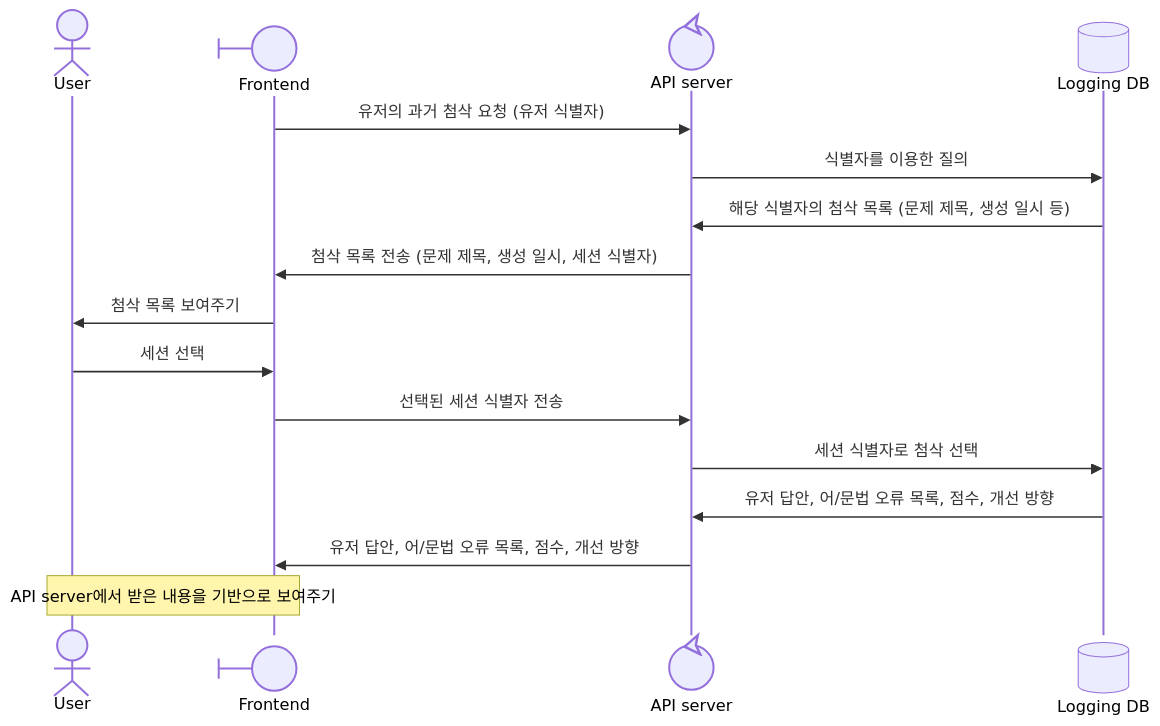
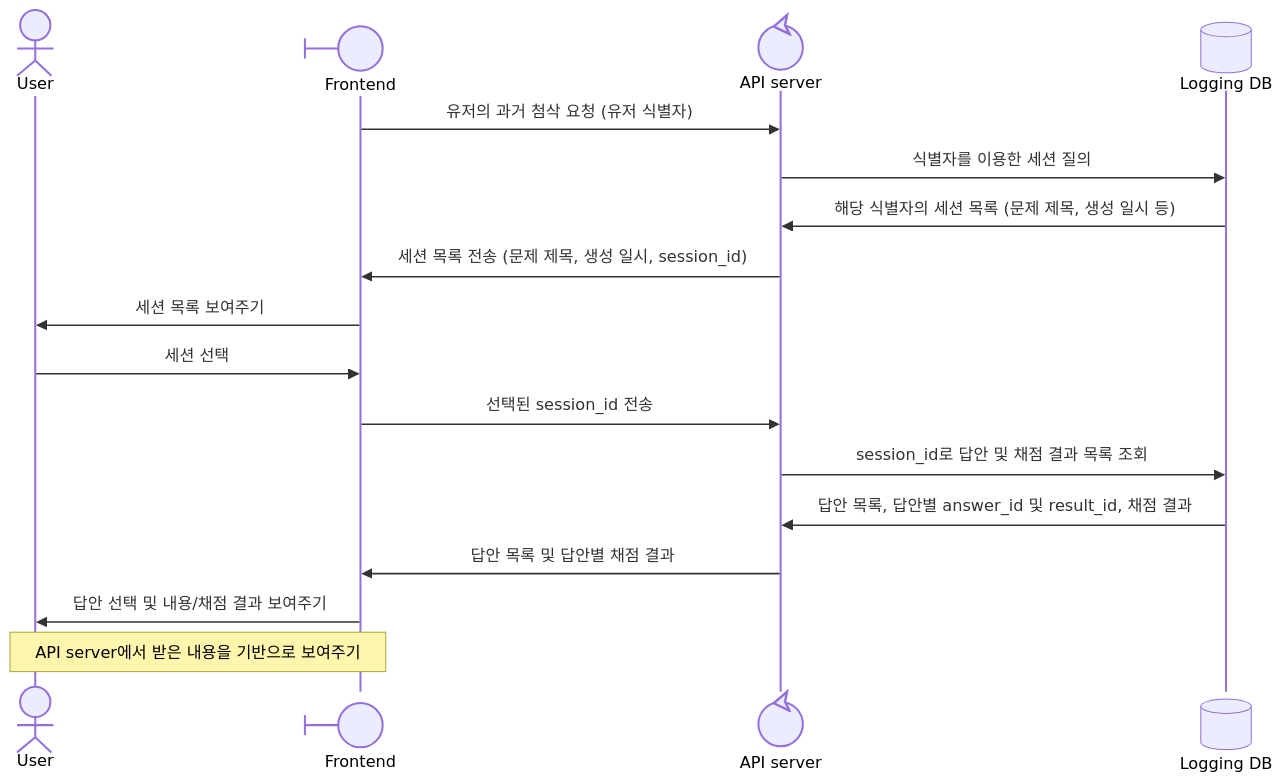
The fifth of 6 diagrams in 설계문서/시퀀스 다이어그램.md (bookyoulove/paragraphy), drawn with Mermaid before and after one commit. The commit also changed other lines of this file and 44 other files, not shown here.

````diff
--- a/설계문서/시퀀스 다이어그램.md
+++ b/설계문서/시퀀스 다이어그램.md
@@ -92,18 +113,19 @@
 ```mermaid
 sequenceDiagram
     actor User
     participant Frontend@{ "type" : "boundary" }
     participant API@{ "type" : "control" , alias: "API server"}
     participant log@{ "type" : "database" , alias: "Logging DB"}
     Frontend->>API: 유저의 과거 첨삭 요청 (유저 식별자)
-    API->>log: 식별자를 이용한 질의
-    log->>API: 해당 식별자의 첨삭 목록 (문제 제목, 생성 일시 등)
-    API->>Frontend: 첨삭 목록 전송 (문제 제목, 생성 일시, 세션 식별자)
-    Frontend->>User: 첨삭 목록 보여주기
+    API->>log: 식별자를 이용한 세션 질의
+    log->>API: 해당 식별자의 세션 목록 (문제 제목, 생성 일시 등)
+    API->>Frontend: 세션 목록 전송 (문제 제목, 생성 일시, session_id)
+    Frontend->>User: 세션 목록 보여주기
     User->>Frontend: 세션 선택
-    Frontend->>API: 선택된 세션 식별자 전송
-    API->>log: 세션 식별자로 첨삭 선택
-    log->>API: 유저 답안, 어/문법 오류 목록, 점수, 개선 방향
-    API->>Frontend: 유저 답안, 어/문법 오류 목록, 점수, 개선 방향
+    Frontend->>API: 선택된 session_id 전송
+    API->>log: session_id로 답안 및 채점 결과 목록 조회
+    log->>API: 답안 목록, 답안별 answer_id 및 result_id, 채점 결과
+    API->>Frontend: 답안 목록 및 답안별 채점 결과
+    Frontend->>User: 답안 선택 및 내용/채점 결과 보여주기
     Note over Frontend, User: API server에서 받은 내용을 기반으로 보여주기
 ```
````
